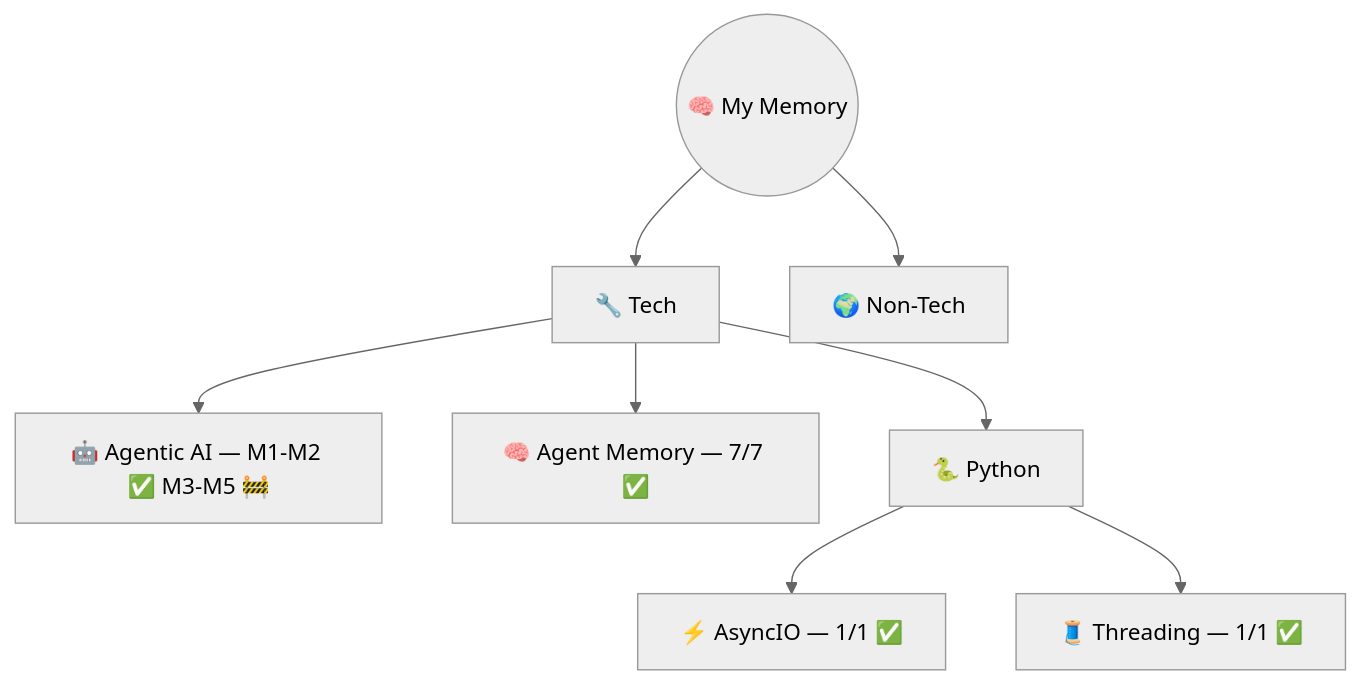
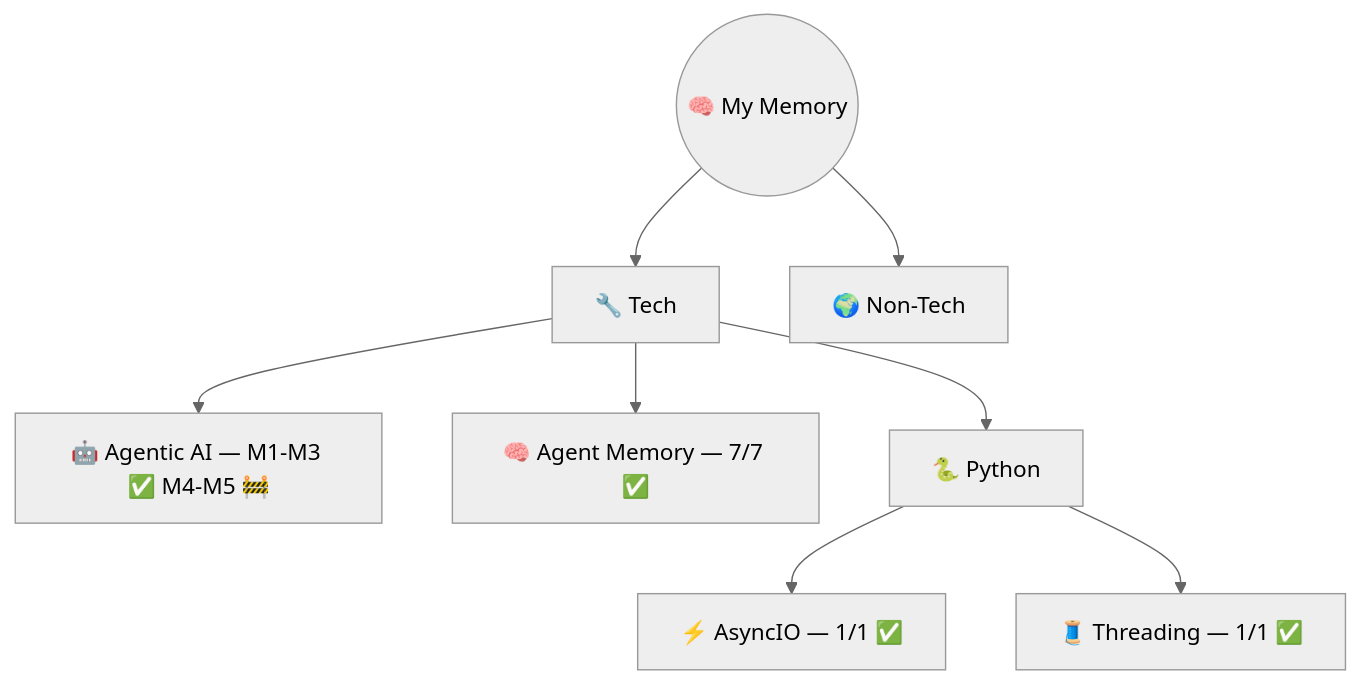
Before and after one commit to AyushSonuu/my-memory: the diagram in README.md, drawn with Mermaid (neutral theme). The commit also changed other lines of this file and 206 other files, not shown here.

````diff
--- a/README.md
+++ b/README.md
@@ -23,12 +24,12 @@
 ```mermaid
 graph TB
     ROOT(("🧠 My Memory"))
     ROOT --> TECH["🔧 Tech"]
     ROOT --> NT["🌍 Non-Tech"]
     
-    TECH --> AG["🤖 Agentic AI — M1-M2 ✅ M3-M5 🚧"]
+    TECH --> AG["🤖 Agentic AI — M1-M3 ✅ M4-M5 🚧"]
     TECH --> AM["🧠 Agent Memory — 7/7 ✅"]
     TECH --> PY["🐍 Python"]
     PY --> AIO["⚡ AsyncIO — 1/1 ✅"]
     PY --> THR["🧵 Threading — 1/1 ✅"]
 ```
````
